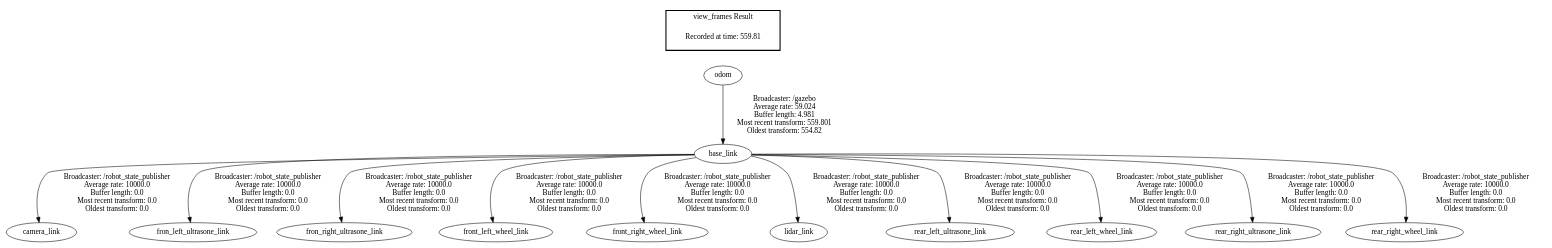
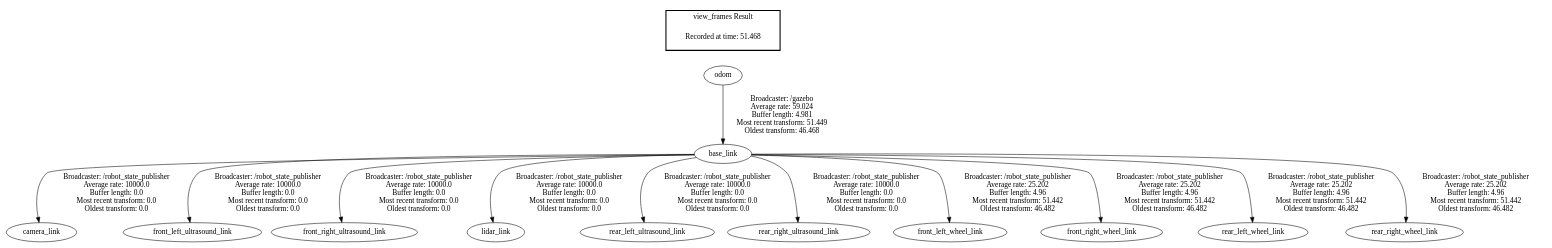
One commit to wooepeke/Mirte-Master-Simulation changed the diagram in frames.gv. Above: the diagram before and after it, drawn with Graphviz. The commit also changed 494 other files, not shown here.

```diff
--- a/frames.gv
+++ b/frames.gv
@@ -1,17 +1,17 @@
 digraph G {
 "base_link" -> "camera_link"[label=" Broadcaster: /robot_state_publisher\nAverage rate: 10000.0\nBuffer length: 0.0\nMost recent transform: 0.0\nOldest transform: 0.0\n"];
-"odom" -> "base_link"[label=" Broadcaster: /gazebo\nAverage rate: 59.024\nBuffer length: 4.981\nMost recent transform: 559.801\nOldest transform: 554.82\n"];
-"base_link" -> "fron_left_ultrasone_link"[label=" Broadcaster: /robot_state_publisher\nAverage rate: 10000.0\nBuffer length: 0.0\nMost recent transform: 0.0\nOldest transform: 0.0\n"];
-"base_link" -> "fron_right_ultrasone_link"[label=" Broadcaster: /robot_state_publisher\nAverage rate: 10000.0\nBuffer length: 0.0\nMost recent transform: 0.0\nOldest transform: 0.0\n"];
-"base_link" -> "front_left_wheel_link"[label=" Broadcaster: /robot_state_publisher\nAverage rate: 10000.0\nBuffer length: 0.0\nMost recent transform: 0.0\nOldest transform: 0.0\n"];
-"base_link" -> "front_right_wheel_link"[label=" Broadcaster: /robot_state_publisher\nAverage rate: 10000.0\nBuffer length: 0.0\nMost recent transform: 0.0\nOldest transform: 0.0\n"];
+"odom" -> "base_link"[label=" Broadcaster: /gazebo\nAverage rate: 59.024\nBuffer length: 4.981\nMost recent transform: 51.449\nOldest transform: 46.468\n"];
+"base_link" -> "front_left_ultrasound_link"[label=" Broadcaster: /robot_state_publisher\nAverage rate: 10000.0\nBuffer length: 0.0\nMost recent transform: 0.0\nOldest transform: 0.0\n"];
+"base_link" -> "front_right_ultrasound_link"[label=" Broadcaster: /robot_state_publisher\nAverage rate: 10000.0\nBuffer length: 0.0\nMost recent transform: 0.0\nOldest transform: 0.0\n"];
 "base_link" -> "lidar_link"[label=" Broadcaster: /robot_state_publisher\nAverage rate: 10000.0\nBuffer length: 0.0\nMost recent transform: 0.0\nOldest transform: 0.0\n"];
-"base_link" -> "rear_left_ultrasone_link"[label=" Broadcaster: /robot_state_publisher\nAverage rate: 10000.0\nBuffer length: 0.0\nMost recent transform: 0.0\nOldest transform: 0.0\n"];
-"base_link" -> "rear_left_wheel_link"[label=" Broadcaster: /robot_state_publisher\nAverage rate: 10000.0\nBuffer length: 0.0\nMost recent transform: 0.0\nOldest transform: 0.0\n"];
-"base_link" -> "rear_right_ultrasone_link"[label=" Broadcaster: /robot_state_publisher\nAverage rate: 10000.0\nBuffer length: 0.0\nMost recent transform: 0.0\nOldest transform: 0.0\n"];
-"base_link" -> "rear_right_wheel_link"[label=" Broadcaster: /robot_state_publisher\nAverage rate: 10000.0\nBuffer length: 0.0\nMost recent transform: 0.0\nOldest transform: 0.0\n"];
+"base_link" -> "rear_left_ultrasound_link"[label=" Broadcaster: /robot_state_publisher\nAverage rate: 10000.0\nBuffer length: 0.0\nMost recent transform: 0.0\nOldest transform: 0.0\n"];
+"base_link" -> "rear_right_ultrasound_link"[label=" Broadcaster: /robot_state_publisher\nAverage rate: 10000.0\nBuffer length: 0.0\nMost recent transform: 0.0\nOldest transform: 0.0\n"];
+"base_link" -> "front_left_wheel_link"[label=" Broadcaster: /robot_state_publisher\nAverage rate: 25.202\nBuffer length: 4.96\nMost recent transform: 51.442\nOldest transform: 46.482\n"];
+"base_link" -> "front_right_wheel_link"[label=" Broadcaster: /robot_state_publisher\nAverage rate: 25.202\nBuffer length: 4.96\nMost recent transform: 51.442\nOldest transform: 46.482\n"];
+"base_link" -> "rear_left_wheel_link"[label=" Broadcaster: /robot_state_publisher\nAverage rate: 25.202\nBuffer length: 4.96\nMost recent transform: 51.442\nOldest transform: 46.482\n"];
+"base_link" -> "rear_right_wheel_link"[label=" Broadcaster: /robot_state_publisher\nAverage rate: 25.202\nBuffer length: 4.96\nMost recent transform: 51.442\nOldest transform: 46.482\n"];
 edge [style=invis];
  subgraph cluster_legend { style=bold; color=black; label ="view_frames Result";
-"Recorded at time: 559.81"[ shape=plaintext ] ;
+"Recorded at time: 51.468"[ shape=plaintext ] ;
 }->"odom";
 }
```
